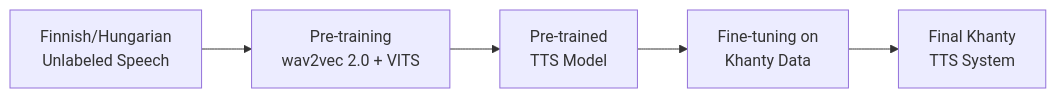
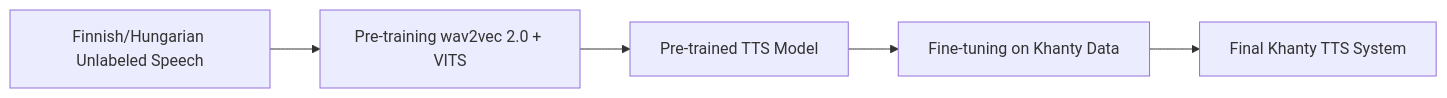
One commit to FlemmeFacile/khanty_audio changed the diagram in pipeline.md. Above: the diagram before and after it, drawn with Mermaid.

````diff
--- a/pipeline.md
+++ b/pipeline.md
@@ -1,7 +1,7 @@
 ```mermaid
 flowchart LR
-    A[Finnish/Hungarian\nUnlabeled Speech] --> B[Pre-training\nwav2vec 2.0 + VITS]
-    B --> C[Pre-trained\nTTS Model]
-    C --> D[Fine-tuning on\nKhanty Data]
-    D --> E[Final Khanty\nTTS System]
+    A[Finnish/Hungarian Unlabeled Speech] --> B[Pre-training wav2vec 2.0 + VITS]
+    B --> C[Pre-trained TTS Model]
+    C --> D[Fine-tuning on Khanty Data]
+    D --> E[Final Khanty TTS System]
 ```
````
